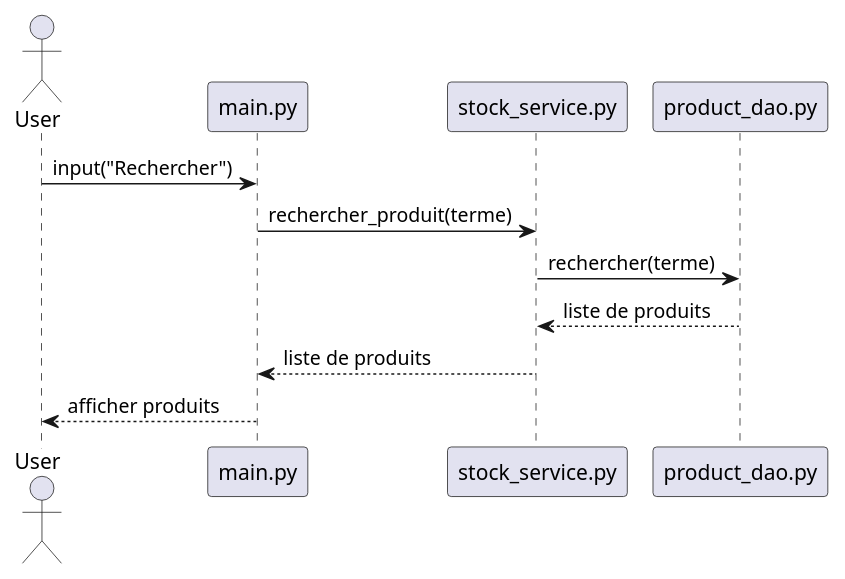
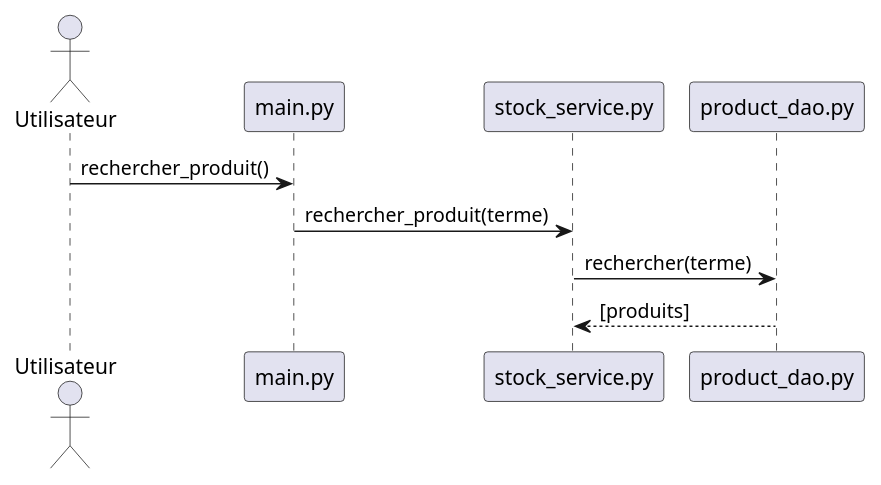
Before and after one commit to Ludo67/LOG430-Lab0: the diagram in docs/UML/sequence_diagrams/recherche_produit.puml, drawn with PlantUML. The commit also changed 38 other files, not shown here.

```diff
--- a/docs/UML/sequence_diagrams/recherche_produit.puml
+++ b/docs/UML/sequence_diagrams/recherche_produit.puml
@@ -1,13 +1,11 @@
 @startuml sequence_diagram_recherche
-actor User
+actor Utilisateur
 participant "main.py" as Main
-participant "stock_service.py" as Service
-participant "product_dao.py" as DAO
+participant "stock_service.py" as StockService
+participant "product_dao.py" as ProduitDAO
 
-User -> Main : input("Rechercher")
-Main -> Service : rechercher_produit(terme)
-Service -> DAO : rechercher(terme)
-DAO --> Service : liste de produits
-Service --> Main : liste de produits
-Main --> User : afficher produits
+Utilisateur -> Main : rechercher_produit()
+Main -> StockService : rechercher_produit(terme)
+StockService -> ProduitDAO : rechercher(terme)
+ProduitDAO --> StockService : [produits]
 @enduml
```
